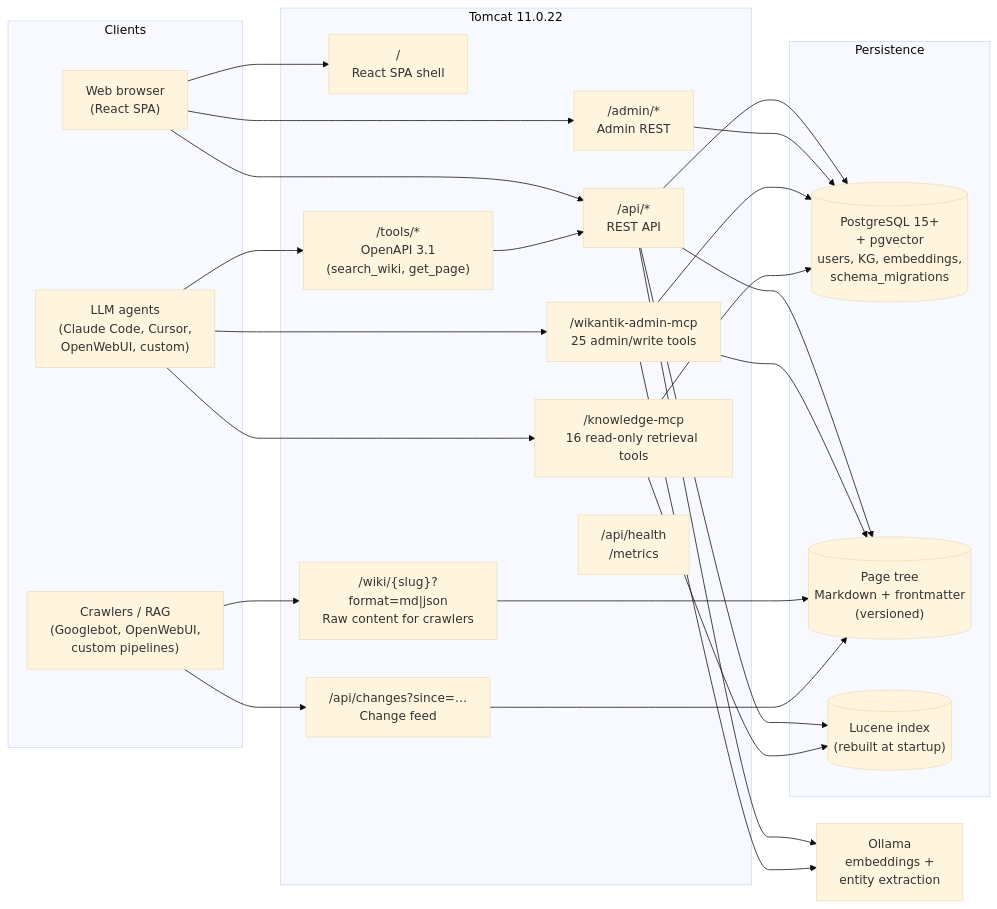
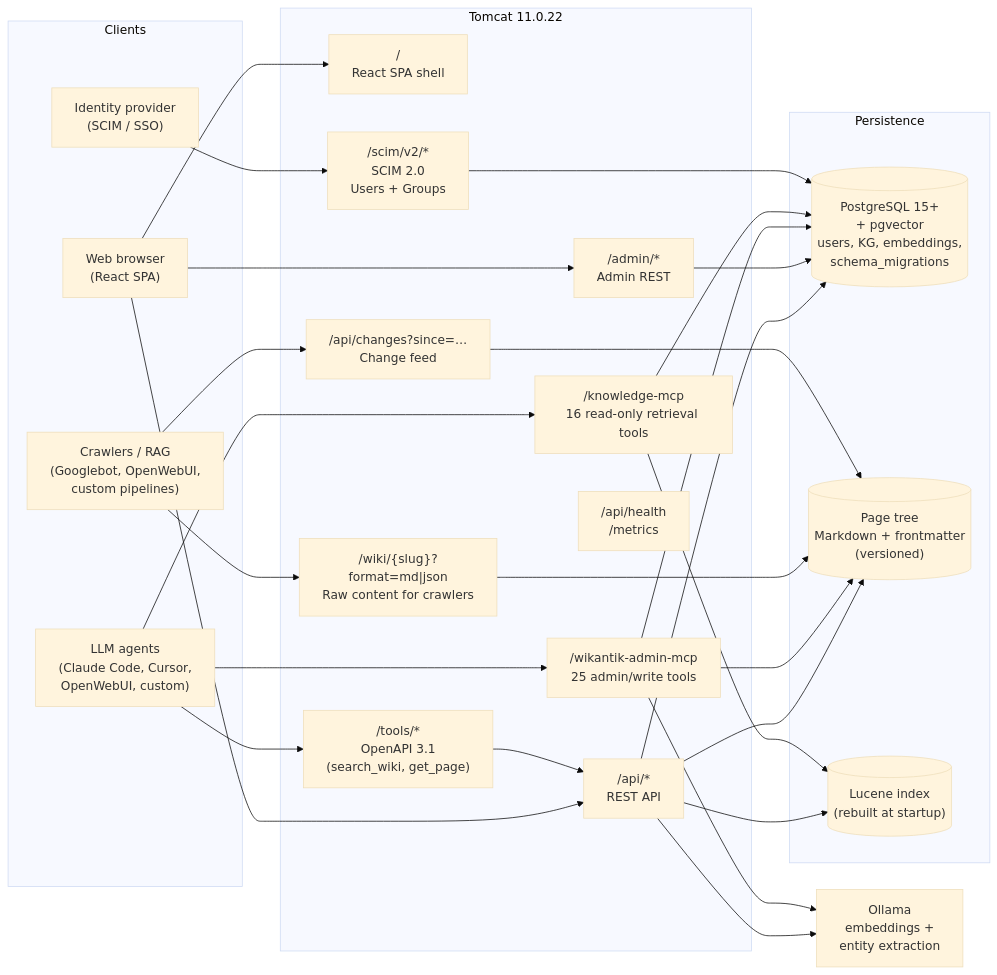
One commit to jakefearsd/wikantik changed the diagram in README.md. Above: the diagram before and after it, drawn with Mermaid (base theme). The commit also changed other lines of this file and 35 other files, not shown here.

````diff
--- a/README.md
+++ b/README.md
@@ -86,52 +91,56 @@
 ```mermaid
 flowchart LR
     subgraph clients [Clients]
         Browser["Web browser<br/>(React SPA)"]
         Agent["LLM agents<br/>(Claude Code, Cursor,<br/>OpenWebUI, custom)"]
         Crawler["Crawlers / RAG<br/>(Googlebot, OpenWebUI,<br/>custom pipelines)"]
+        IdP["Identity provider<br/>(SCIM / SSO)"]
     end
 
     subgraph tomcat [Tomcat 11.0.22]
         SPA["/<br/>React SPA shell"]
         REST["/api/*<br/>REST API"]
         Admin["/admin/*<br/>Admin REST"]
         Raw["/wiki/{slug}?format=md|json<br/>Raw content for crawlers"]
         Changes["/api/changes?since=…<br/>Change feed"]
         AdminMCP["/wikantik-admin-mcp<br/>25 admin/write tools"]
         KnowMCP["/knowledge-mcp<br/>16 read-only retrieval tools"]
         Tools["/tools/*<br/>OpenAPI 3.1<br/>(search_wiki, get_page)"]
+        Scim["/scim/v2/*<br/>SCIM 2.0<br/>Users + Groups"]
         Health["/api/health<br/>/metrics"]
     end
 
     subgraph data [Persistence]
         PG[("PostgreSQL 15+<br/>+ pgvector<br/>users, KG, embeddings,<br/>schema_migrations")]
         Pages[("Page tree<br/>Markdown + frontmatter<br/>(versioned)")]
         Lucene[("Lucene index<br/>(rebuilt at startup)")]
     end
 
     Ollama["Ollama<br/>embeddings +<br/>entity extraction"]
 
     Browser --> SPA
     Browser --> REST
     Browser --> Admin
     Crawler --> Raw
     Crawler --> Changes
     Agent --> AdminMCP
     Agent --> KnowMCP
     Agent --> Tools
+    IdP --> Scim
 
     REST --> PG
     REST --> Pages
     REST --> Lucene
     Admin --> PG
     AdminMCP --> PG
     AdminMCP --> Pages
     KnowMCP --> PG
     KnowMCP --> Lucene
     Raw --> Pages
     Changes --> Pages
     Tools --> REST
+    Scim --> PG
 
     REST --> Ollama
     AdminMCP --> Ollama
 ```
````
